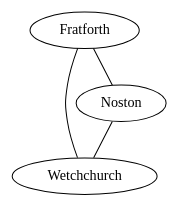
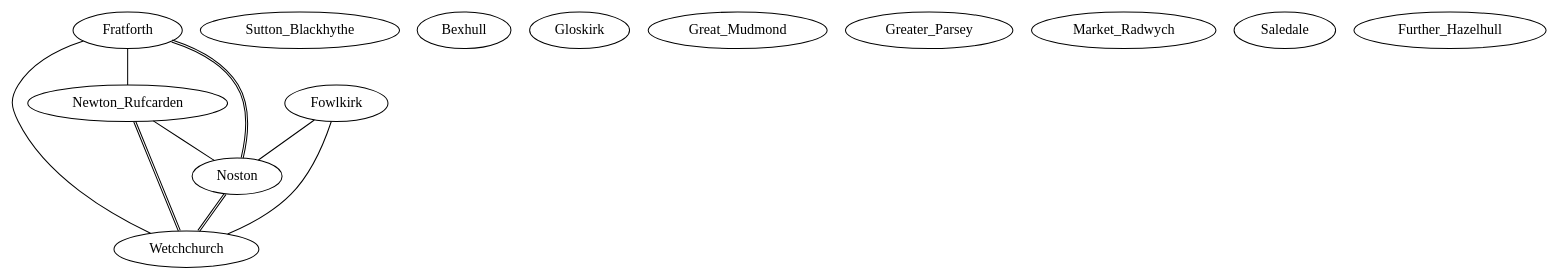
One commit to Spagooni/base_java_project---Copy changed the diagram in simoutput.dot. Above: the diagram before and after it, drawn with Graphviz. The commit also changed 44 other files, not shown here.

```diff
--- a/simoutput.dot
+++ b/simoutput.dot
@@ -1,8 +1,23 @@
 graph Towns {
     Fratforth
+    Sutton_Blackhythe
+    Bexhull
     Wetchchurch
+    Newton_Rufcarden
+    Gloskirk
+    Great_Mudmond
     Noston
+    Greater_Parsey
+    Market_Radwych
+    Fowlkirk
+    Saledale
+    Further_Hazelhull
+    Newton_Rufcarden -- Noston
+    Newton_Rufcarden -- Wetchchurch [color="black:black"]
     Fratforth -- Wetchchurch
-    Fratforth -- Noston
-    Noston -- Wetchchurch
+    Fratforth -- Noston [color="black:black"]
+    Noston -- Wetchchurch [color="black:black"]
+    Fowlkirk -- Wetchchurch
+    Fratforth -- Newton_Rufcarden
+    Fowlkirk -- Noston
 }
```
